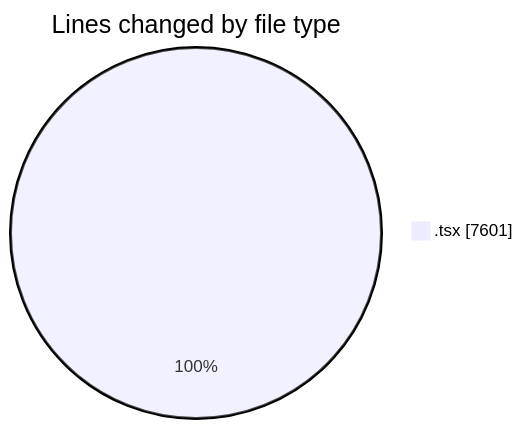
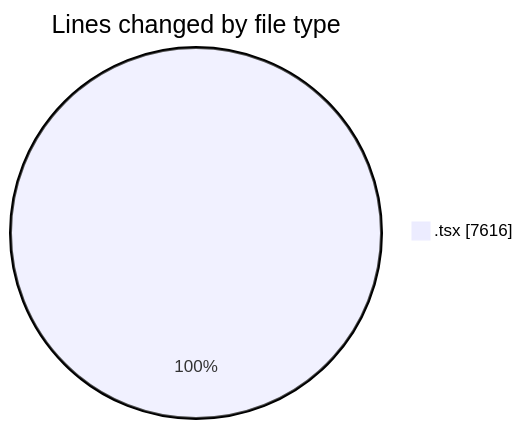
One commit to nxtqubesakshisongat/code-tracking changed the first of 2 diagrams in 2026-08-24/nxtqube_webapp/README.md. Above: the diagram before and after it, drawn with Mermaid. The commit also changed other lines of this file and 1 other file, not shown here.

````diff
--- a/2026-08-24/nxtqube_webapp/README.md
+++ b/2026-08-24/nxtqube_webapp/README.md
@@ -33,5 +33,5 @@
 ```mermaid
 pie showData
 title Lines changed by file type
-".tsx" : 7601
+".tsx" : 7616
 ```
````
